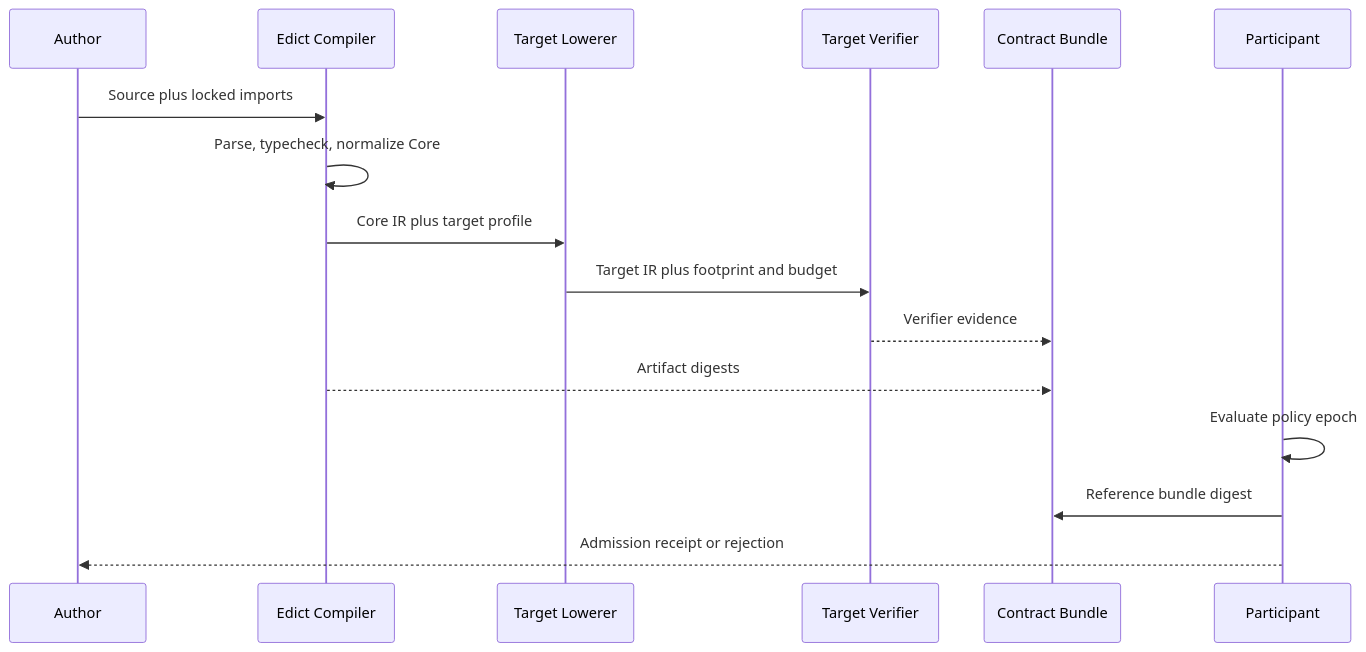
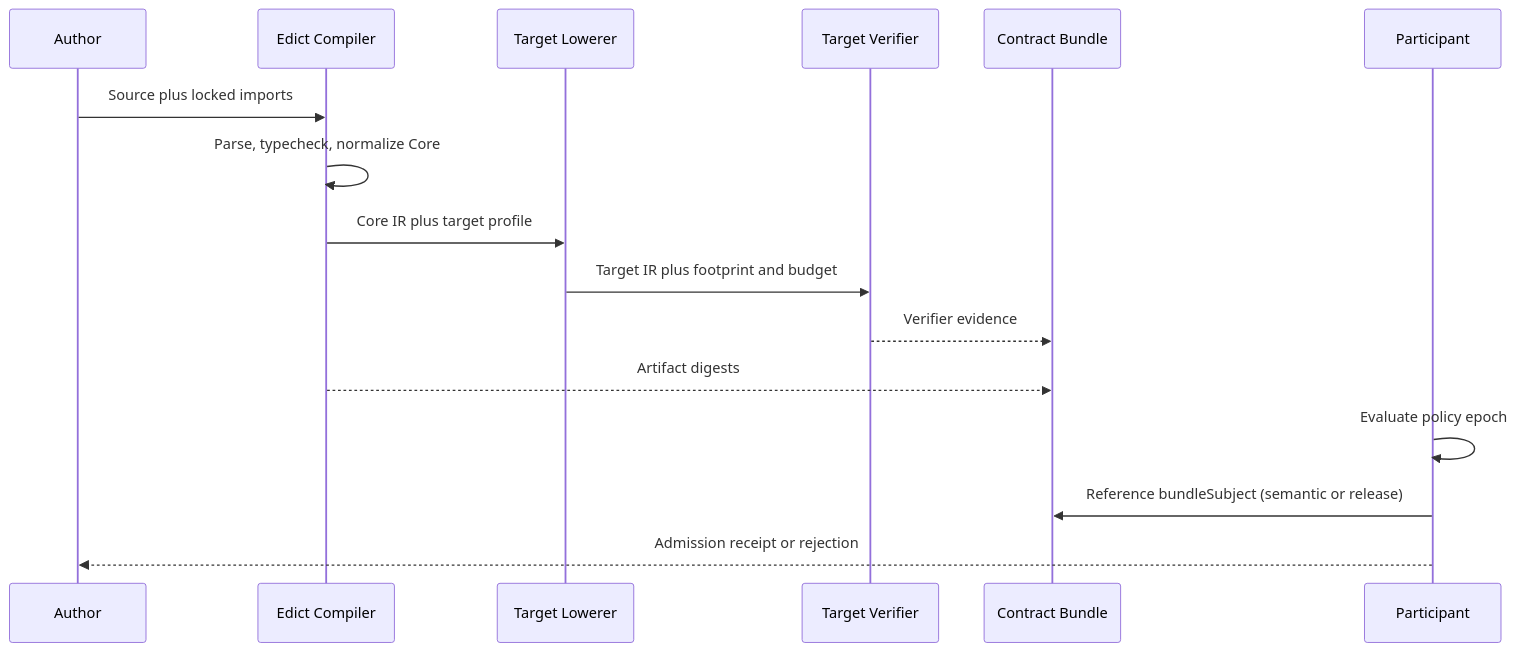
The third of 4 diagrams in README.md (flyingrobots/edict), drawn with Mermaid before and after one commit. The commit also changed 7 other files, not shown here.

````diff
--- a/README.md
+++ b/README.md
@@ -245,19 +245,19 @@
 ```mermaid
 sequenceDiagram
     participant A as Author
     participant C as Edict Compiler
     participant L as Target Lowerer
     participant V as Target Verifier
     participant CB as Contract Bundle
     participant P as Participant
 
     A->>C: Source plus locked imports
     C->>C: Parse, typecheck, normalize Core
     C->>L: Core IR plus target profile
     L->>V: Target IR plus footprint and budget
     V-->>CB: Verifier evidence
     C-->>CB: Artifact digests
     P->>P: Evaluate policy epoch
-    P->>CB: Reference bundle digest
+    P->>CB: Reference bundleSubject (semantic or release)
     P-->>A: Admission receipt or rejection
 ```
````
